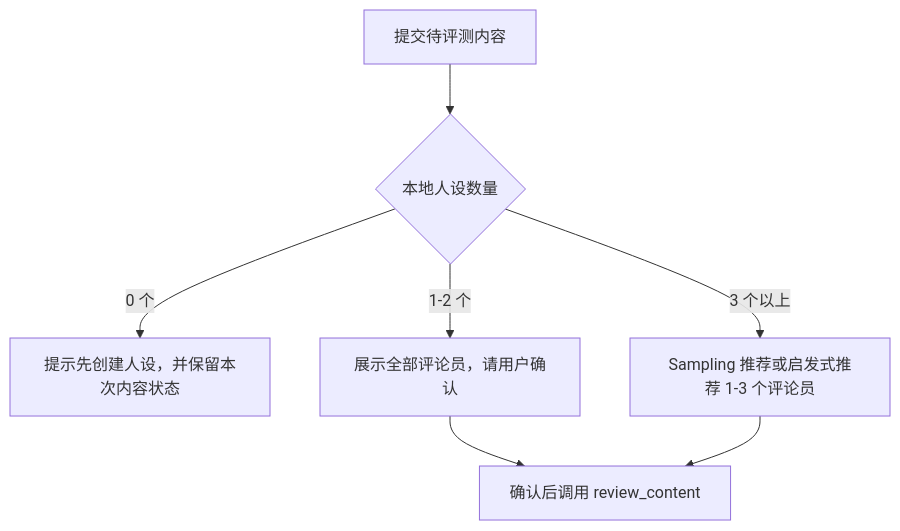
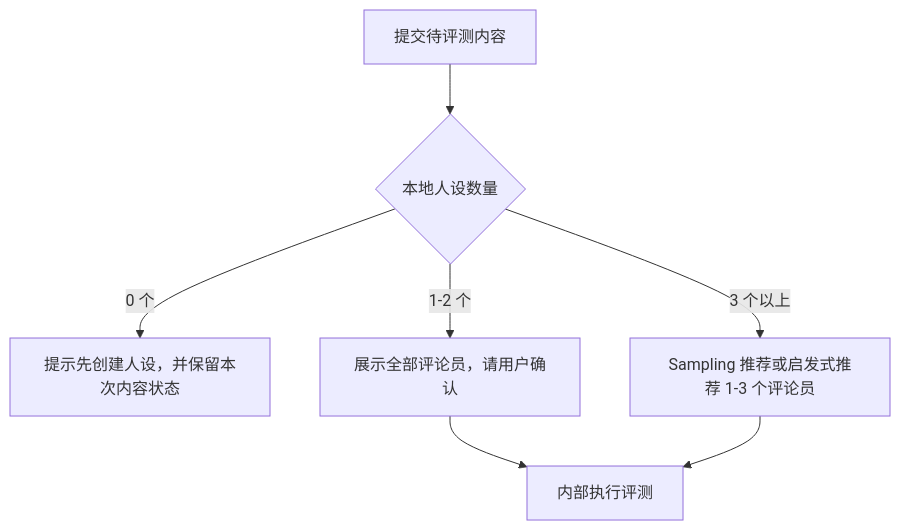
Before and after one commit to ChurzeXo/kevlar-4u: the first of 3 diagrams in docs/README.zh.md, drawn with Mermaid. The commit also changed other lines of this file and 7 other files, not shown here.

Commit message:
chore: 清理 review_content 重构后残留的死代码

````diff
--- a/docs/README.zh.md
+++ b/docs/README.zh.md
@@ -110,9 +109,9 @@
 ```mermaid
 flowchart TD
   A["提交待评测内容"] --> B{"本地人设数量"}
   B -->|0 个| C["提示先创建人设，并保留本次内容状态"]
   B -->|1-2 个| D["展示全部评论员，请用户确认"]
   B -->|3 个以上| E["Sampling 推荐或启发式推荐 1-3 个评论员"]
-  D --> F["确认后调用 review_content"]
+  D --> F["内部执行评测"]
   E --> F
 ```
````
